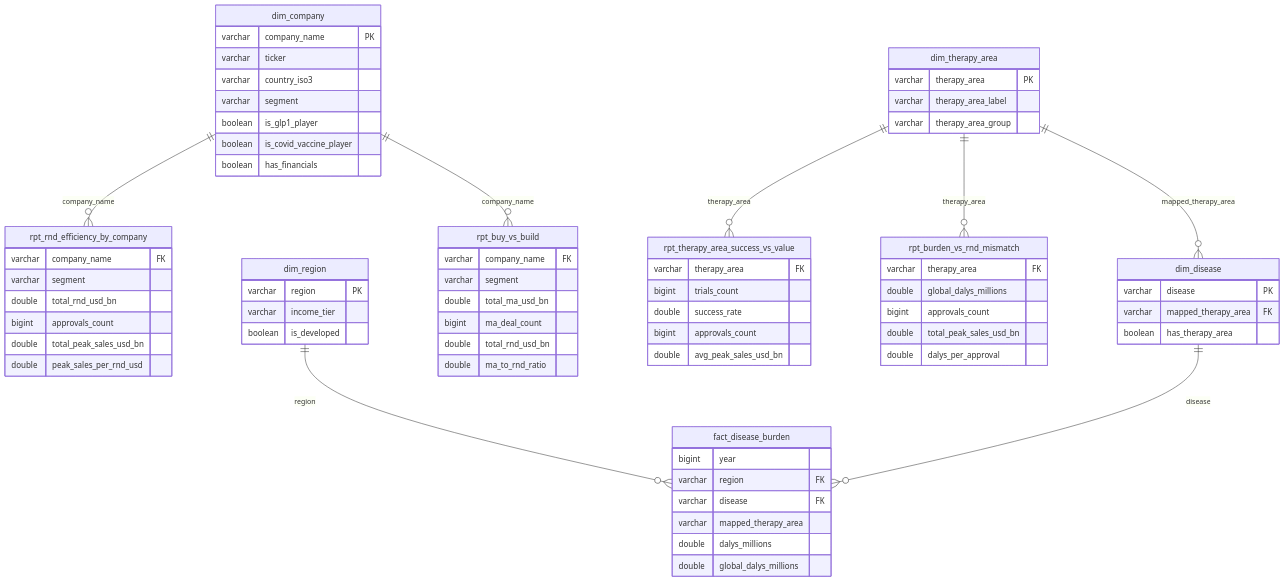
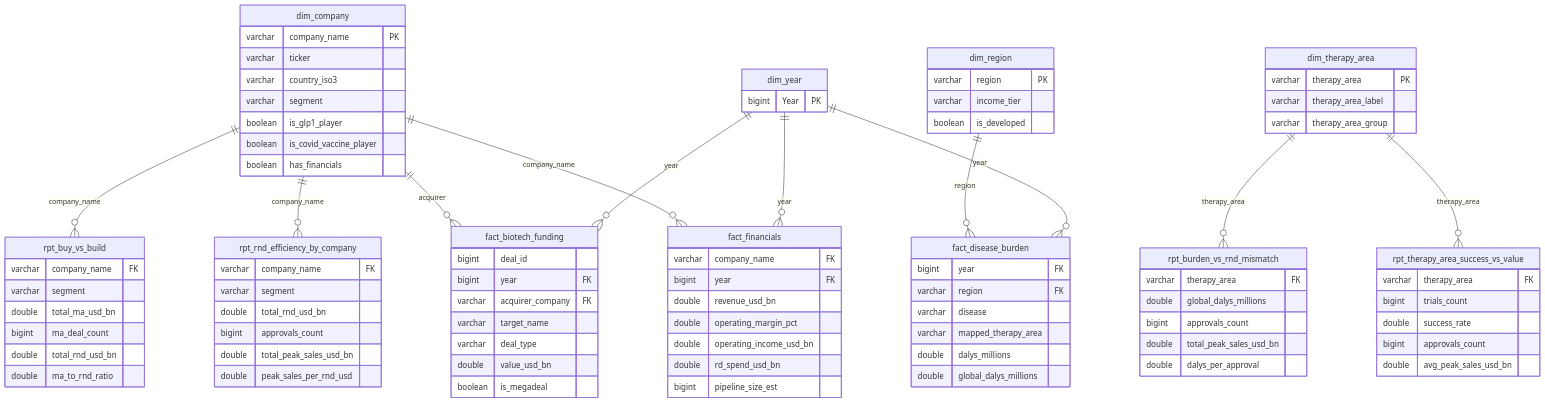
Before and after one commit to keithfernandes12/pharma-data-engineering-aws: the diagram in powerbi/erd.mermaid, drawn with Mermaid. The commit also changed 11 other files, not shown here.

First line of the commit message:
@ docs: recruiter-focused README, verified ERD + architecture, repo cleanup

```diff
--- a/powerbi/erd.mermaid
+++ b/powerbi/erd.mermaid
@@ -1,78 +1,98 @@
-%% Power BI data model — ERD for the imported tables (pharma_de_processed):
-%%   4 dimensions + 4 analytics (rpt_*) + fact_disease_burden.
-%% Renders on GitHub. Also importable into Lucidchart:
-%%   Lucid → File → Import → Mermaid  (paste this file's contents).
-%% Relationships are 1 (dim) → * (fact/rpt), single-direction, joined on text keys.
+%% Power BI import model over pharma_de_processed (Amazon Athena, via ODBC).
+%% 4 dimensions + 3 raw facts + 4 pre-aggregated analytics (rpt_*) marts.
+%% Every relationship is Many-to-one (fact/rpt = *, dim = 1), single cross-filter
+%% direction, joined on text/integer keys. Renders on GitHub; also importable into
+%% Lucidchart via File -> Import -> Mermaid.
 
 erDiagram
     dim_company {
         varchar company_name PK
         varchar ticker
         varchar country_iso3
         varchar segment
         boolean is_glp1_player
         boolean is_covid_vaccine_player
         boolean has_financials
     }
     dim_therapy_area {
         varchar therapy_area PK
         varchar therapy_area_label
         varchar therapy_area_group
     }
-    dim_disease {
-        varchar disease PK
-        varchar mapped_therapy_area FK
-        boolean has_therapy_area
-    }
     dim_region {
         varchar region PK
         varchar income_tier
         boolean is_developed
+    }
+    dim_year {
+        bigint Year PK
+    }
+
+    fact_financials {
+        varchar company_name FK
+        bigint year FK
+        double revenue_usd_bn
+        double operating_margin_pct
+        double operating_income_usd_bn
+        double rd_spend_usd_bn
+        bigint pipeline_size_est
+    }
+    fact_biotech_funding {
+        bigint deal_id
+        bigint year FK
+        varchar acquirer_company FK
+        varchar target_name
+        varchar deal_type
+        double value_usd_bn
+        boolean is_megadeal
+    }
+    fact_disease_burden {
+        bigint year FK
+        varchar region FK
+        varchar disease
+        varchar mapped_therapy_area
+        double dalys_millions
+        double global_dalys_millions
     }
 
     rpt_rnd_efficiency_by_company {
         varchar company_name FK
         varchar segment
         double total_rnd_usd_bn
         bigint approvals_count
         double total_peak_sales_usd_bn
         double peak_sales_per_rnd_usd
     }
     rpt_buy_vs_build {
         varchar company_name FK
         varchar segment
         double total_ma_usd_bn
         bigint ma_deal_count
         double total_rnd_usd_bn
         double ma_to_rnd_ratio
     }
     rpt_therapy_area_success_vs_value {
         varchar therapy_area FK
         bigint trials_count
         double success_rate
         bigint approvals_count
         double avg_peak_sales_usd_bn
     }
     rpt_burden_vs_rnd_mismatch {
         varchar therapy_area FK
         double global_dalys_millions
         bigint approvals_count
         double total_peak_sales_usd_bn
         double dalys_per_approval
     }
-    fact_disease_burden {
-        bigint year
-        varchar region FK
-        varchar disease FK
-        varchar mapped_therapy_area
-        double dalys_millions
-        double global_dalys_millions
-    }
 
-    dim_company ||--o{ rpt_rnd_efficiency_by_company : "company_name"
-    dim_company ||--o{ rpt_buy_vs_build : "company_name"
+    dim_company      ||--o{ fact_financials                   : "company_name"
+    dim_company      ||--o{ fact_biotech_funding              : "acquirer"
+    dim_company      ||--o{ rpt_rnd_efficiency_by_company     : "company_name"
+    dim_company      ||--o{ rpt_buy_vs_build                  : "company_name"
     dim_therapy_area ||--o{ rpt_therapy_area_success_vs_value : "therapy_area"
-    dim_therapy_area ||--o{ rpt_burden_vs_rnd_mismatch : "therapy_area"
-    dim_therapy_area ||--o{ dim_disease : "mapped_therapy_area"
-    dim_region ||--o{ fact_disease_burden : "region"
-    dim_disease ||--o{ fact_disease_burden : "disease"
+    dim_therapy_area ||--o{ rpt_burden_vs_rnd_mismatch        : "therapy_area"
+    dim_region       ||--o{ fact_disease_burden               : "region"
+    dim_year         ||--o{ fact_financials                   : "year"
+    dim_year         ||--o{ fact_biotech_funding              : "year"
+    dim_year         ||--o{ fact_disease_burden               : "year"
```
